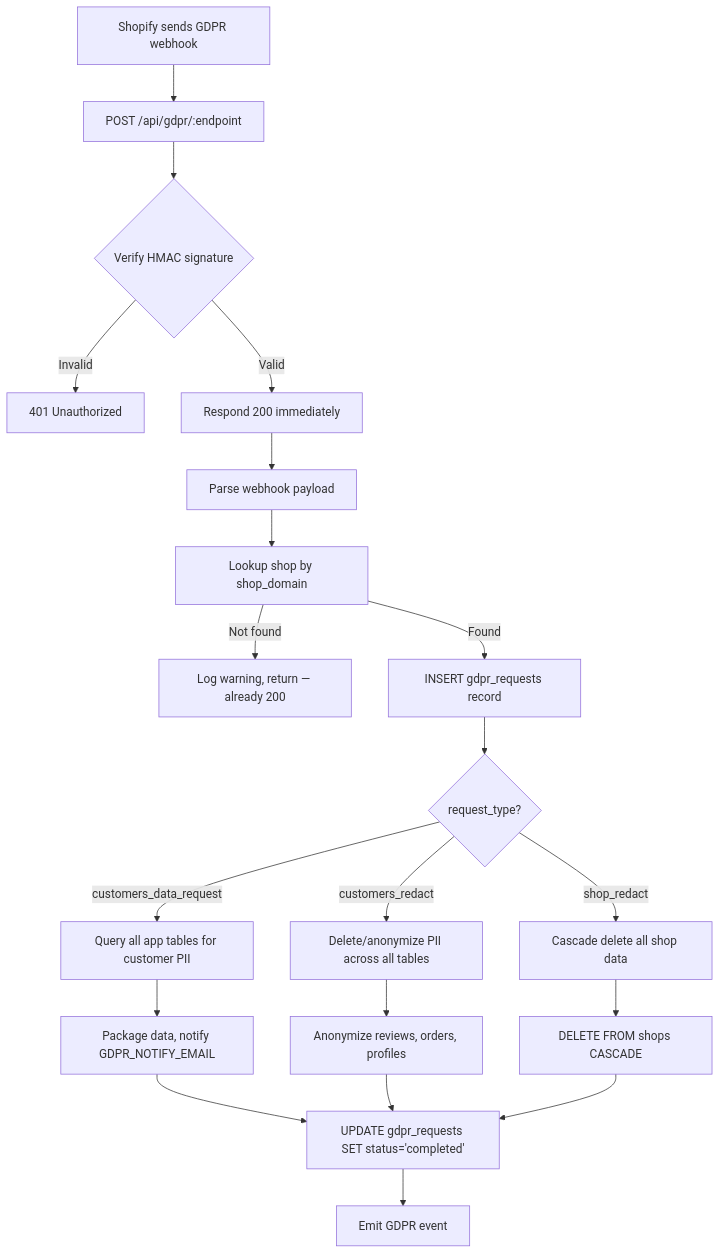
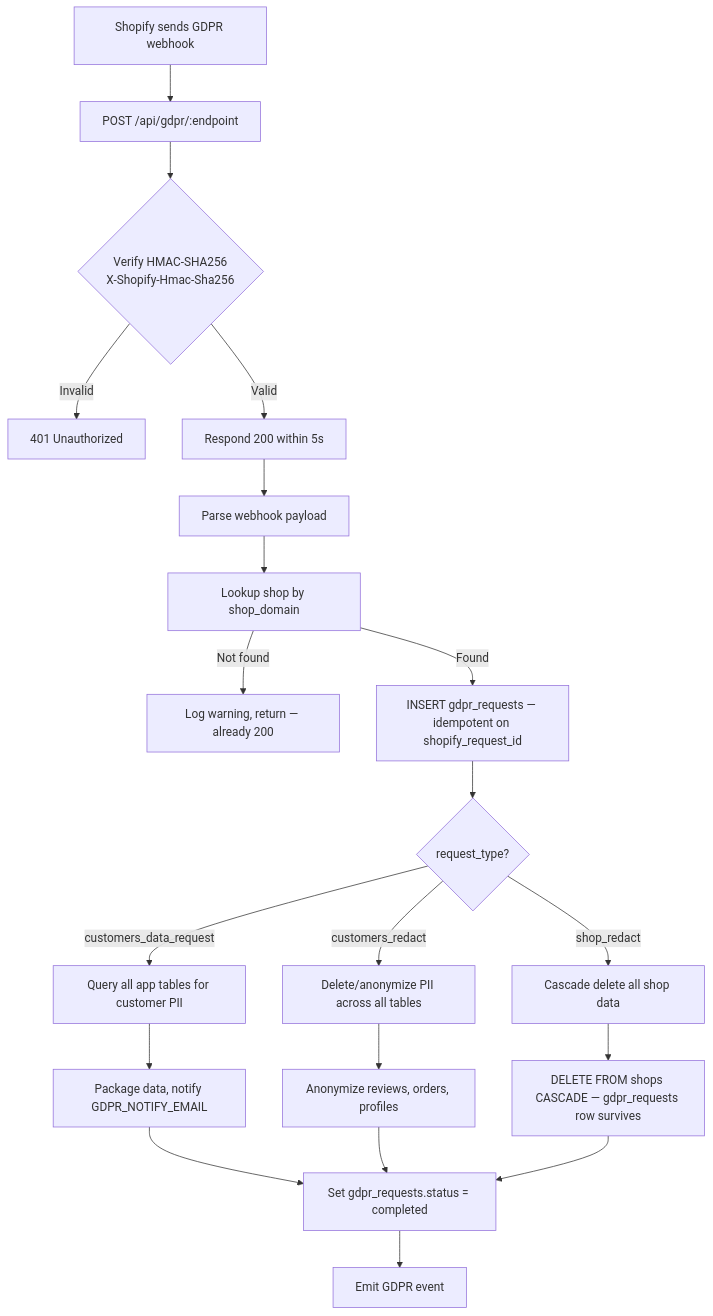
One commit to nguyenvanduocit/primitive-blocks-specs changed the second of 5 diagrams in compliance/shopify-gdpr/README.md. Above: the diagram before and after it, drawn with Mermaid. The commit also changed other lines of this file and 7 other files, not shown here.

````diff
--- a/compliance/shopify-gdpr/README.md
+++ b/compliance/shopify-gdpr/README.md
@@ -115,22 +136,22 @@
 ```mermaid
 flowchart TD
     A[Shopify sends GDPR webhook] --> B[POST /api/gdpr/:endpoint]
-    B --> C{Verify HMAC signature}
+    B --> C{Verify HMAC-SHA256<br/>X-Shopify-Hmac-Sha256}
     C -->|Invalid| D[401 Unauthorized]
-    C -->|Valid| E[Respond 200 immediately]
+    C -->|Valid| E[Respond 200 within 5s]
     E --> F[Parse webhook payload]
     F --> G[Lookup shop by shop_domain]
     G -->|Not found| H[Log warning, return — already 200]
-    G -->|Found| I[INSERT gdpr_requests record]
+    G -->|Found| I[INSERT gdpr_requests — idempotent on shopify_request_id]
     I --> J{request_type?}
     J -->|customers_data_request| K[Query all app tables for customer PII]
     J -->|customers_redact| L[Delete/anonymize PII across all tables]
     J -->|shop_redact| M[Cascade delete all shop data]
     K --> N[Package data, notify GDPR_NOTIFY_EMAIL]
     L --> O[Anonymize reviews, orders, profiles]
-    M --> P[DELETE FROM shops CASCADE]
-    N --> Q[UPDATE gdpr_requests SET status='completed']
+    M --> P[DELETE FROM shops CASCADE — gdpr_requests row survives]
+    N --> Q[Set gdpr_requests.status = completed]
     O --> Q
     P --> Q
     Q --> R[Emit GDPR event]
 ```
````
